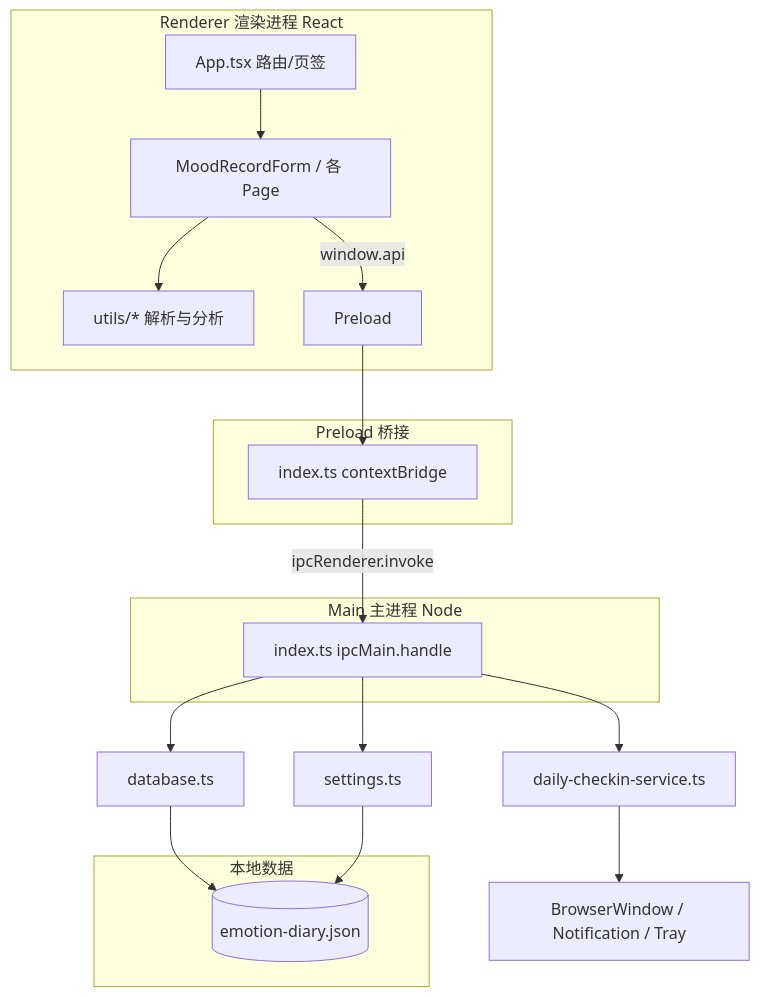
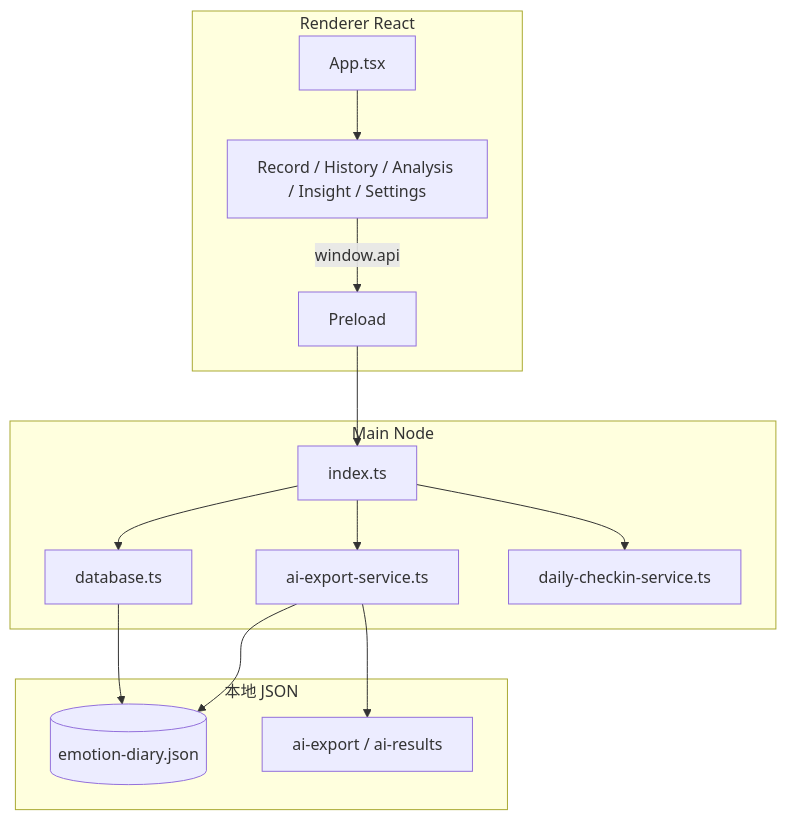
One commit to 123yangyan/emotion changed the second of 2 diagrams in README.md. Above: the diagram before and after it, drawn with Mermaid. The commit also changed other lines of this file and 48 other files, not shown here.

````diff
--- a/README.md
+++ b/README.md
@@ -128,32 +136,26 @@
 ```mermaid
 flowchart TB
-  subgraph renderer [Renderer 渲染进程 React]
-    App[App.tsx 路由/页签]
-    Forms[MoodRecordForm / 各 Page]
-    Utils[utils/* 解析与分析]
-    App --> Forms
-    Forms --> Utils
-    Forms -->|window.api| Preload
+  subgraph renderer [Renderer React]
+    App[App.tsx]
+    Pages[Record / History / Analysis / Insight / Settings]
+    App --> Pages
+    Pages -->|window.api| Preload
   end
-
-  subgraph preload [Preload 桥接]
-    API[index.ts contextBridge]
+  subgraph main [Main Node]
+    IPC[index.ts]
+    DB[database.ts]
+    AI[ai-export-service.ts]
+    CHK[daily-checkin-service.ts]
   end
-
-  subgraph main [Main 主进程 Node]
-    IPC[index.ts ipcMain.handle]
+  subgraph data [本地 JSON]
+    Store[(emotion-diary.json)]
+    ExportDir[ai-export / ai-results]
   end
-
-  subgraph data [本地数据]
-    JSON[(emotion-diary.json)]
-  end
-
-  Preload --> API
-  API -->|ipcRenderer.invoke| IPC
-  IPC --> DB[database.ts]
-  IPC --> SET[settings.ts]
-  IPC --> CHK[daily-checkin-service.ts]
-  DB --> JSON
-  SET --> JSON
-  CHK --> Win[BrowserWindow / Notification / Tray]
+  Preload --> IPC
+  IPC --> DB
+  IPC --> AI
+  IPC --> CHK
+  DB --> Store
+  AI --> ExportDir
+  AI --> Store
 ```
````
